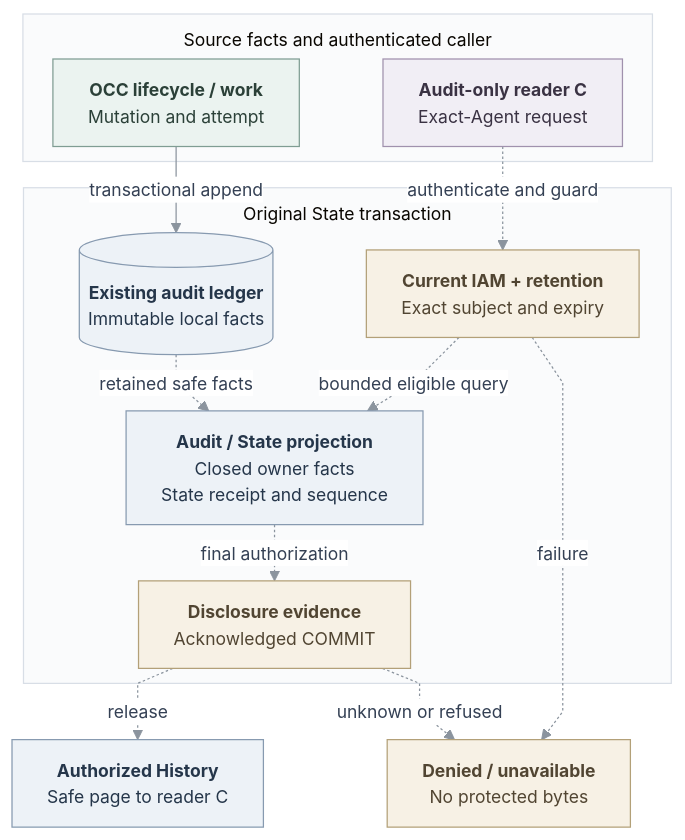
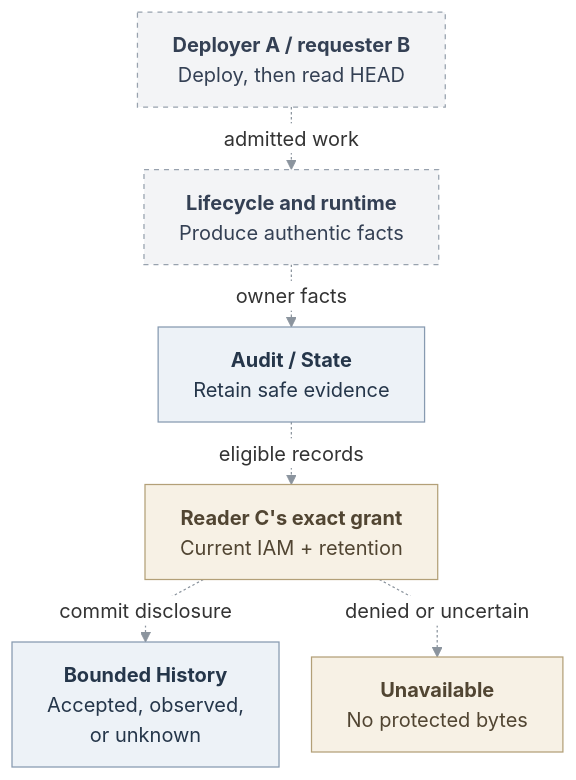
One commit to SebTardif/openclaw-enterprise changed the diagram in specs/31-basic-observability.md. Above: the diagram before and after it, drawn with Mermaid. The commit also changed other lines of this file and 7 other files, not shown here.

````diff
--- a/specs/31-basic-observability.md
+++ b/specs/31-basic-observability.md
@@ -35,54 +19,35 @@
 ```mermaid
 ---
 config:
   theme: base
   htmlLabels: true
   themeVariables:
-    fontSize: 14px
-    primaryTextColor: "#344054"
+    fontSize: 16px
     lineColor: "#8B949E"
     edgeLabelBackground: "#FFFFFF"
-    clusterBkg: "#FAFBFC"
-    clusterBorder: "#D8DEE6"
   flowchart:
     curve: linear
-    nodeSpacing: 28
-    rankSpacing: 24
+    nodeSpacing: 26
+    rankSpacing: 26
     padding: 14
-    subGraphTitleMargin:
-      top: 10
-      bottom: 14
 ---
 flowchart TB
-  subgraph Producers["Source facts and authenticated caller"]
-    Lifecycle["<b>OCC lifecycle / work</b><br/>Mutation and attempt"]
-    Reader["<b>Audit-only reader C</b><br/>Exact-Agent request"]
-  end
-  subgraph StateBoundary["Original State transaction"]
-    Ledger[("<b>Existing audit ledger</b><br/>Immutable local facts")]
-    Gate["<b>Current IAM + retention</b><br/>Exact subject and expiry"]
-    Projection["<b>Audit / State projection</b><br/>Closed owner facts<br/>State receipt and sequence"]
-    Commit["<b>Disclosure evidence</b><br/>Acknowledged COMMIT"]
-  end
-  Page["<b>Authorized History</b><br/>Safe page to reader C"]
-  Deny["<b>Denied / unavailable</b><br/>No protected bytes"]
-  Lifecycle -->|transactional append| Ledger
-  Reader -.->|authenticate and guard| Gate
-  Ledger -.->|retained safe facts| Projection
-  Gate -.->|bounded eligible query| Projection
-  Projection -.->|final authorization| Commit
-  Commit -.->|release| Page
-  Gate -.->|failure| Deny
-  Commit -.->|unknown or refused| Deny
+  People["<b>Deployer A / requester B</b><br/>Deploy, then read HEAD"]
+  Owners["<b>Lifecycle and runtime</b><br/>Produce authentic facts"]
+  Ledger["<b>Audit / State</b><br/>Retain safe evidence"]
+  Gate["<b>Reader C's exact grant</b><br/>Current IAM + retention"]
+  History["<b>Bounded History</b><br/>Accepted, observed,<br/>or unknown"]
+  Closed["<b>Unavailable</b><br/>No protected bytes"]
+  People -.->|admitted work| Owners
+  Owners -.->|owner facts| Ledger
+  Ledger -.->|eligible records| Gate
+  Gate -.->|commit disclosure| History
+  Gate -.->|denied or uncertain| Closed
   classDef state fill:#EDF2F7,stroke:#879AB0,color:#25364A,stroke-width:1px
-  classDef operation fill:#EBF3F0,stroke:#7F9D93,color:#2B4038,stroke-width:1px
-  classDef external fill:#F1EEF5,stroke:#A091AD,color:#3A3243,stroke-width:1px
+  classDef pending fill:#F3F4F6,stroke:#98A2AE,color:#344054,stroke-width:1px,stroke-dasharray:4 4
   classDef gate fill:#F7F1E5,stroke:#B3A078,color:#514532,stroke-width:1px
-  class Ledger,Projection,Page state
-  class Lifecycle operation
-  class Reader external
-  class Gate,Commit,Deny gate
-  style Producers fill:#FAFBFC,stroke:#D8DEE6,stroke-width:1px
-  style StateBoundary fill:#FAFBFC,stroke:#D8DEE6,stroke-width:1px
+  class Ledger,History state
+  class People,Owners pending
+  class Gate,Closed gate
   linkStyle default stroke:#8B949E,stroke-width:1px
 ```
````
